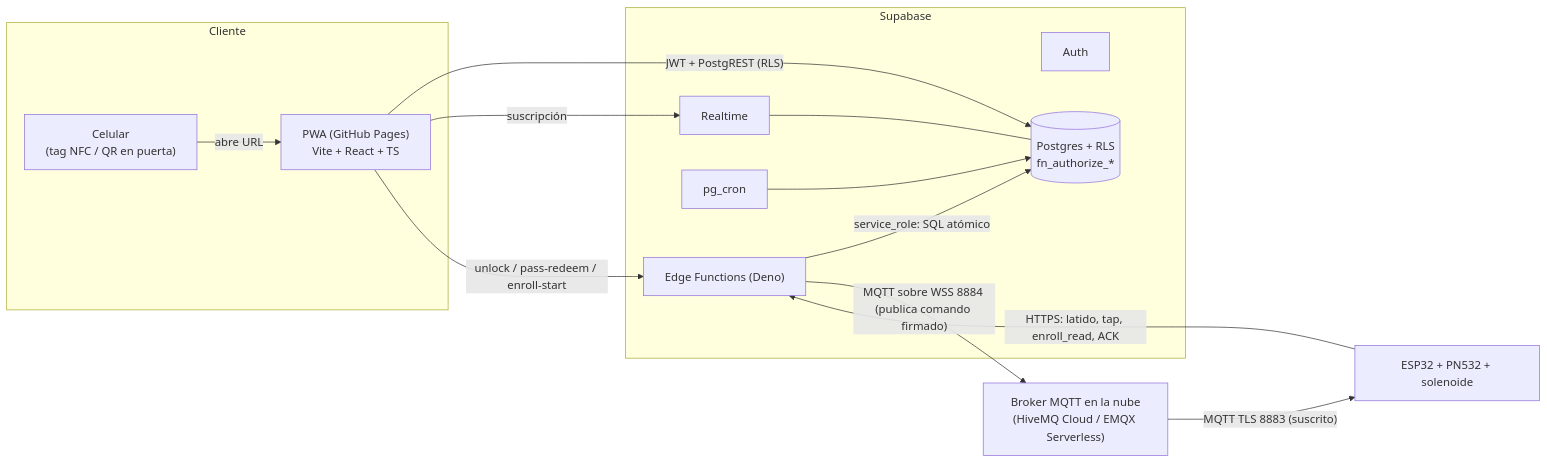
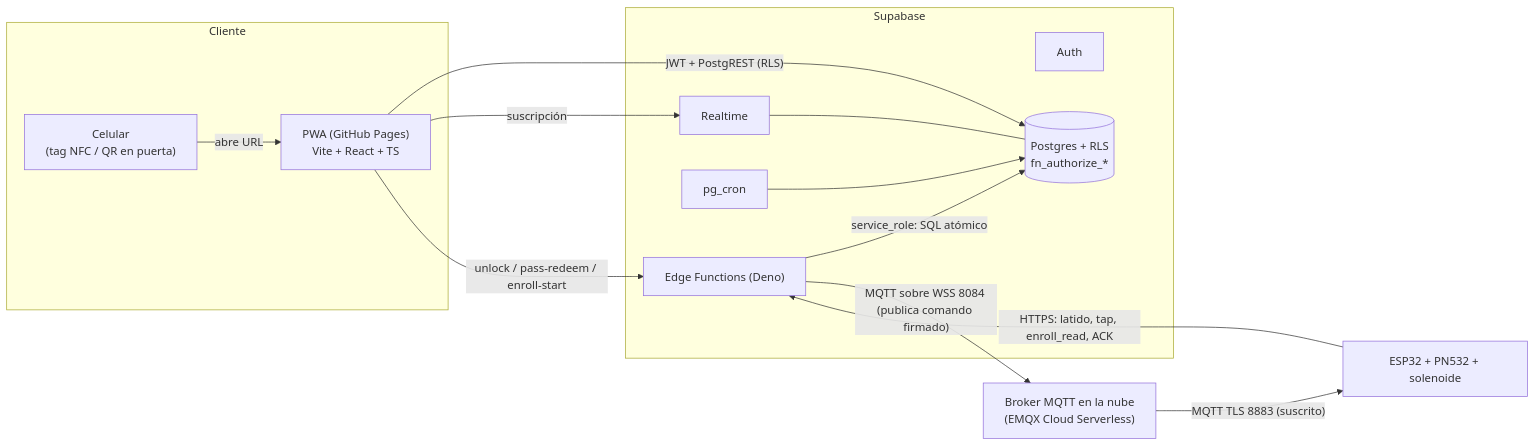
The first of 5 diagrams in docs/01-arquitectura.md (TheWiche/control-acceso), drawn with Mermaid before and after one commit. The commit also changed other lines of this file and 4 other files, not shown here.

Commit message:
docs: EMQX Cloud como broker y módulo de pared multivoltaje como alimentación

````diff
--- a/docs/01-arquitectura.md
+++ b/docs/01-arquitectura.md
@@ -19,27 +19,27 @@
 ```mermaid
 flowchart LR
   subgraph Cliente
     PWA["PWA (GitHub Pages)<br/>Vite + React + TS"]
     PH["Celular<br/>(tag NFC / QR en puerta)"]
   end
   subgraph Supabase
     AUTH[Auth]
     DB[(Postgres + RLS<br/>fn_authorize_*)]
     RT[Realtime]
     EF["Edge Functions (Deno)"]
     CRON[pg_cron]
   end
-  BRK["Broker MQTT en la nube<br/>(HiveMQ Cloud / EMQX Serverless)"]
+  BRK["Broker MQTT en la nube<br/>(EMQX Cloud Serverless)"]
   ESP["ESP32 + PN532 + solenoide"]
 
   PH -- "abre URL" --> PWA
   PWA -- "JWT + PostgREST (RLS)" --> DB
   PWA -- "suscripción" --> RT
   RT --- DB
   PWA -- "unlock / pass-redeem / enroll-start" --> EF
   EF -- "service_role: SQL atómico" --> DB
-  EF -- "MQTT sobre WSS 8884 (publica comando firmado)" --> BRK
+  EF -- "MQTT sobre WSS 8084 (publica comando firmado)" --> BRK
   BRK -- "MQTT TLS 8883 (suscrito)" --> ESP
   ESP -- "HTTPS: latido, tap, enroll_read, ACK" --> EF
   CRON --> DB
 ```
````
